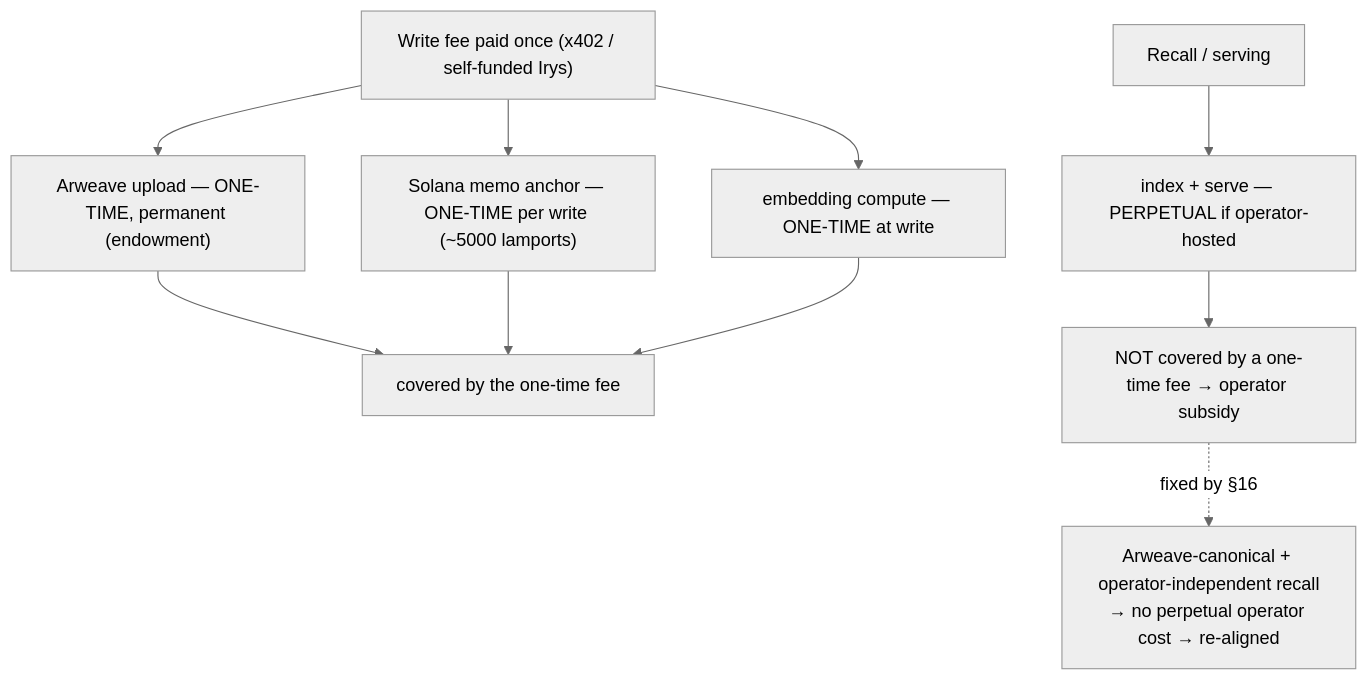
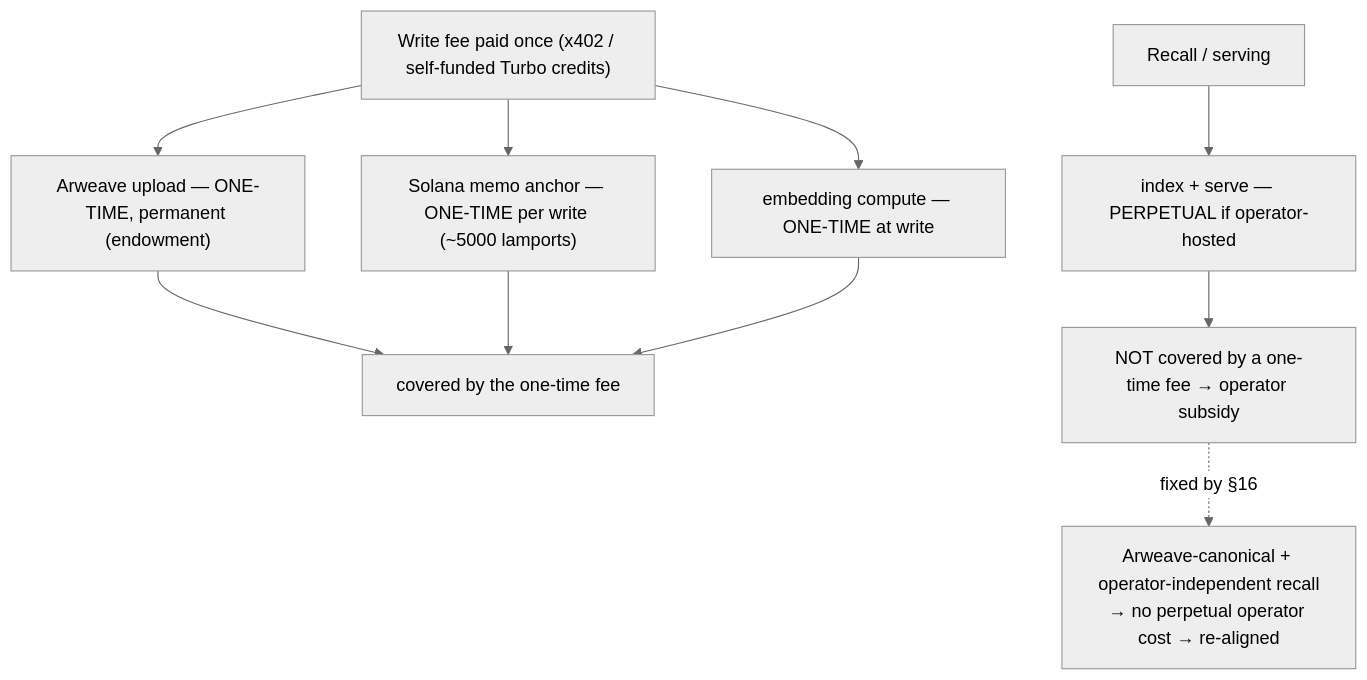
One commit to mnemonik-xyz/monorepo changed diagram 12 of 12 in work/noncustodial-paradigm/design.md. Above: the diagram before and after it, drawn with Mermaid (neutral theme). The commit also changed other lines of this file and 90 other files, not shown here.

First line of the commit message:
docs: replace Irys with ArDrive Turbo and Arweave gateways

````diff
--- a/work/noncustodial-paradigm/design.md
+++ b/work/noncustodial-paradigm/design.md
@@ -719,13 +719,13 @@
 ```mermaid
 flowchart TB
-    PAY["Write fee paid once (x402 / self-funded Irys)"]
+    PAY["Write fee paid once (x402 / self-funded Turbo credits)"]
     PAY --> C1["Arweave upload — ONE-TIME, permanent (endowment)"]
     PAY --> C2["Solana memo anchor — ONE-TIME per write (~5000 lamports)"]
     PAY --> C3["embedding compute — ONE-TIME at write"]
     REC["Recall / serving"] --> C4["index + serve — PERPETUAL if operator-hosted"]
     C1 --> OK["covered by the one-time fee"]
     C2 --> OK
     C3 --> OK
     C4 --> GAP["NOT covered by a one-time fee → operator subsidy"]
     GAP -. fixed by §16 .-> FIX["Arweave-canonical + operator-independent recall<br/>→ no perpetual operator cost → re-aligned"]
 ```
````
